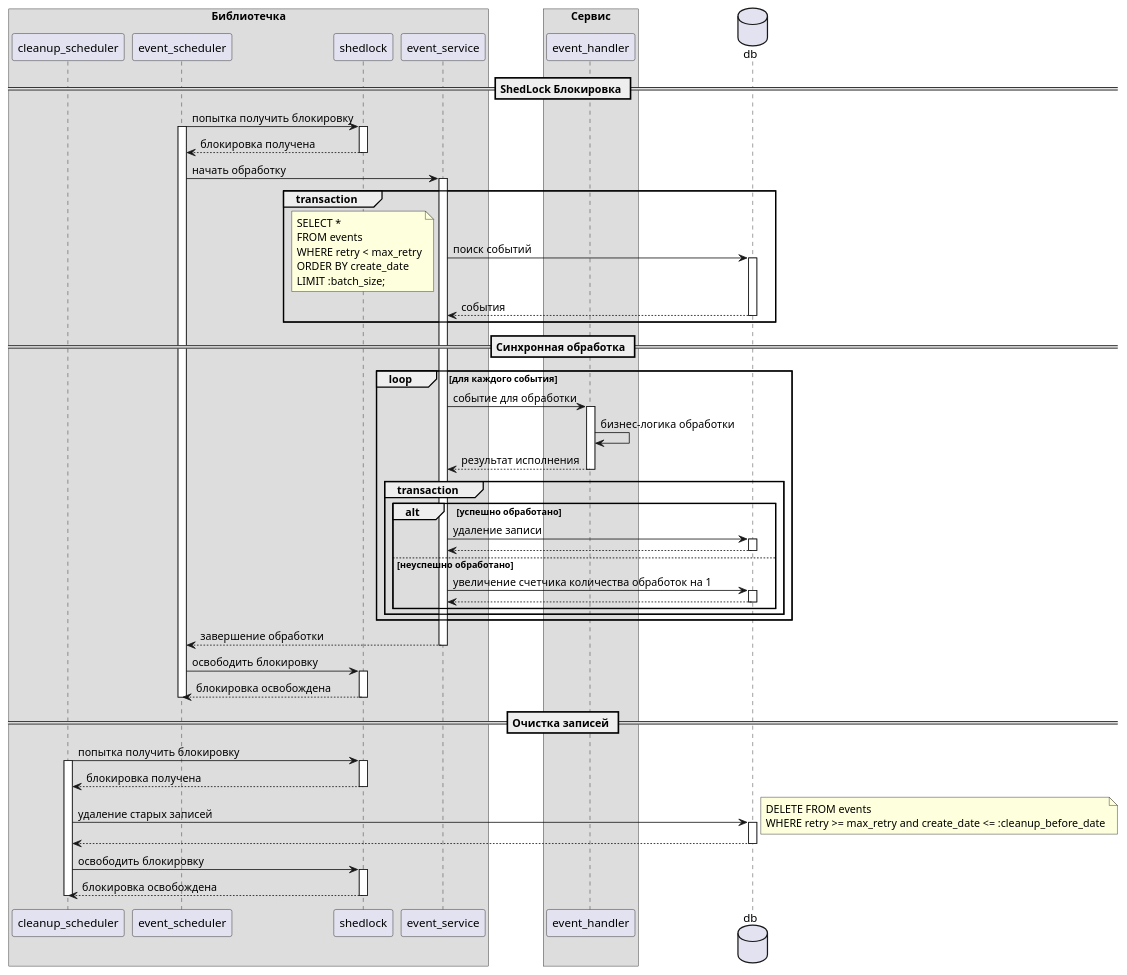
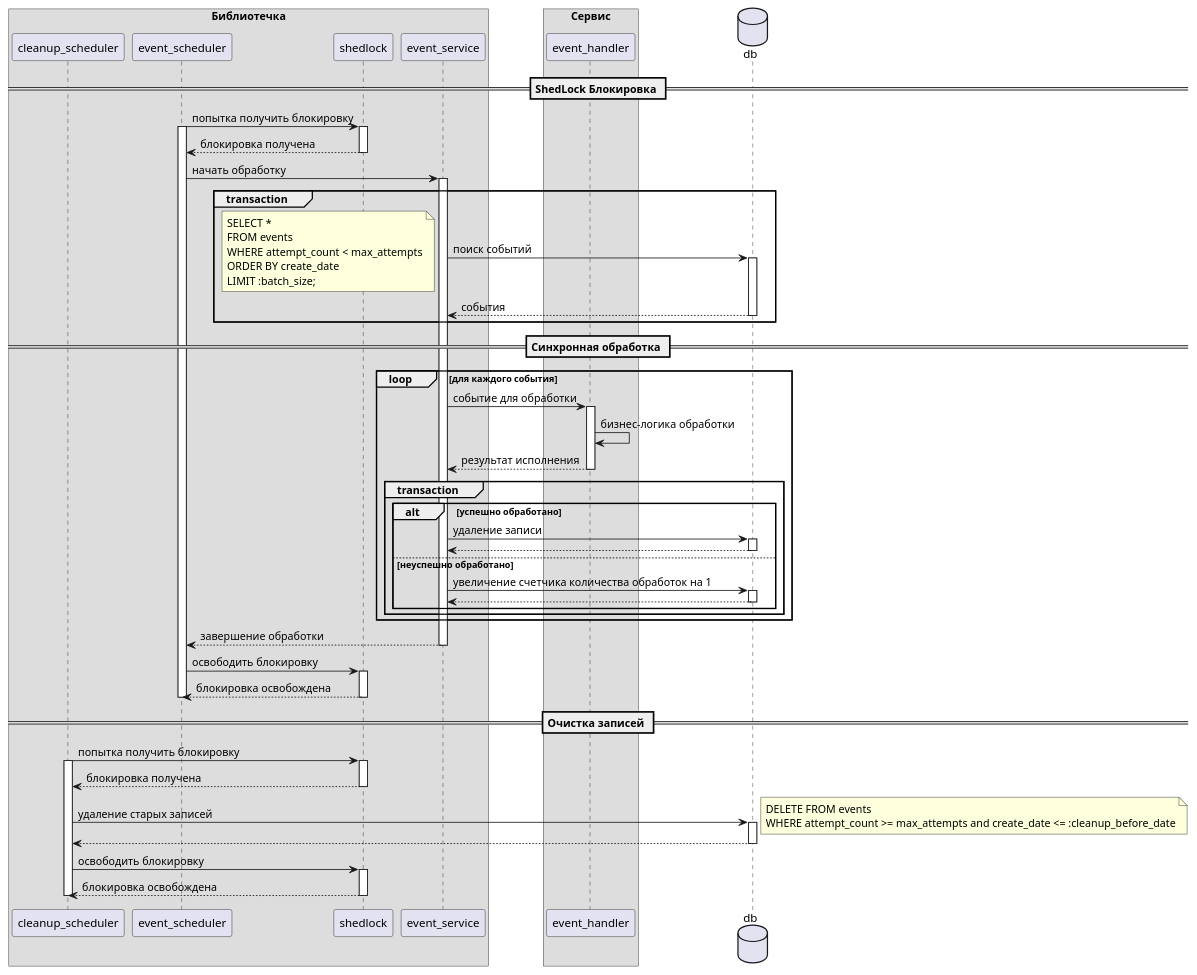
Before and after one commit to laym0n/eventhandling: the diagram in result_processing.plantuml, drawn with PlantUML. The commit also changed 10 other files, not shown here.

```diff
--- a/result_processing.plantuml
+++ b/result_processing.plantuml
@@ -1,102 +1,102 @@
 @startuml processing
 
 box "Библиотечка"
     participant cleanup_scheduler
     participant event_scheduler
     participant shedlock
     participant event_service
 end box
 
 box "Сервис"
     participant event_handler
 end box
 
 database db
 
 == ShedLock Блокировка ==
 
 event_scheduler -> shedlock : попытка получить блокировку
 activate event_scheduler
 activate shedlock
 
 shedlock --> event_scheduler : блокировка получена
 deactivate shedlock
 
 event_scheduler -> event_service : начать обработку
 activate event_service
 
 group transaction
     event_service -> db : поиск событий
     note left
         SELECT *
         FROM events
-        WHERE retry < max_retry
+        WHERE attempt_count < max_attempts
         ORDER BY create_date
         LIMIT :batch_size;
     end note
     activate db
     db --> event_service : события
     deactivate db
 end
 
 == Синхронная обработка ==
 loop для каждого события
     event_service -> event_handler : событие для обработки
     activate event_handler
 
     event_handler -> event_handler : бизнес-логика обработки
 
     event_handler --> event_service : результат исполнения
     deactivate event_handler
 
     group transaction
         alt успешно обработано
             event_service -> db : удаление записи 
             activate db
             db --> event_service
             deactivate db
         else неуспешно обработано
             event_service -> db : увеличение счетчика количества обработок на 1
             activate db
             db --> event_service
             deactivate db
         end
     end
 end
 
 event_service --> event_scheduler : завершение обработки
 deactivate event_service
 
 event_scheduler -> shedlock : освободить блокировку
 activate shedlock
 shedlock --> event_scheduler : блокировка освобождена
 deactivate shedlock
 
 deactivate event_scheduler
 
 == Очистка записей ==
 
 cleanup_scheduler -> shedlock : попытка получить блокировку
 activate cleanup_scheduler
 activate shedlock
 
 shedlock --> cleanup_scheduler : блокировка получена
 deactivate shedlock
 
 cleanup_scheduler -> db : удаление старых записей
 note right
     DELETE FROM events
-    WHERE retry >= max_retry and create_date <= :cleanup_before_date
+    WHERE attempt_count >= max_attempts and create_date <= :cleanup_before_date
 end note
 activate db
 db --> cleanup_scheduler
 deactivate db
 
 cleanup_scheduler -> shedlock : освободить блокировку
 activate shedlock
 shedlock --> cleanup_scheduler : блокировка освобождена
 deactivate shedlock
 
 deactivate cleanup_scheduler
 
 @enduml
```
